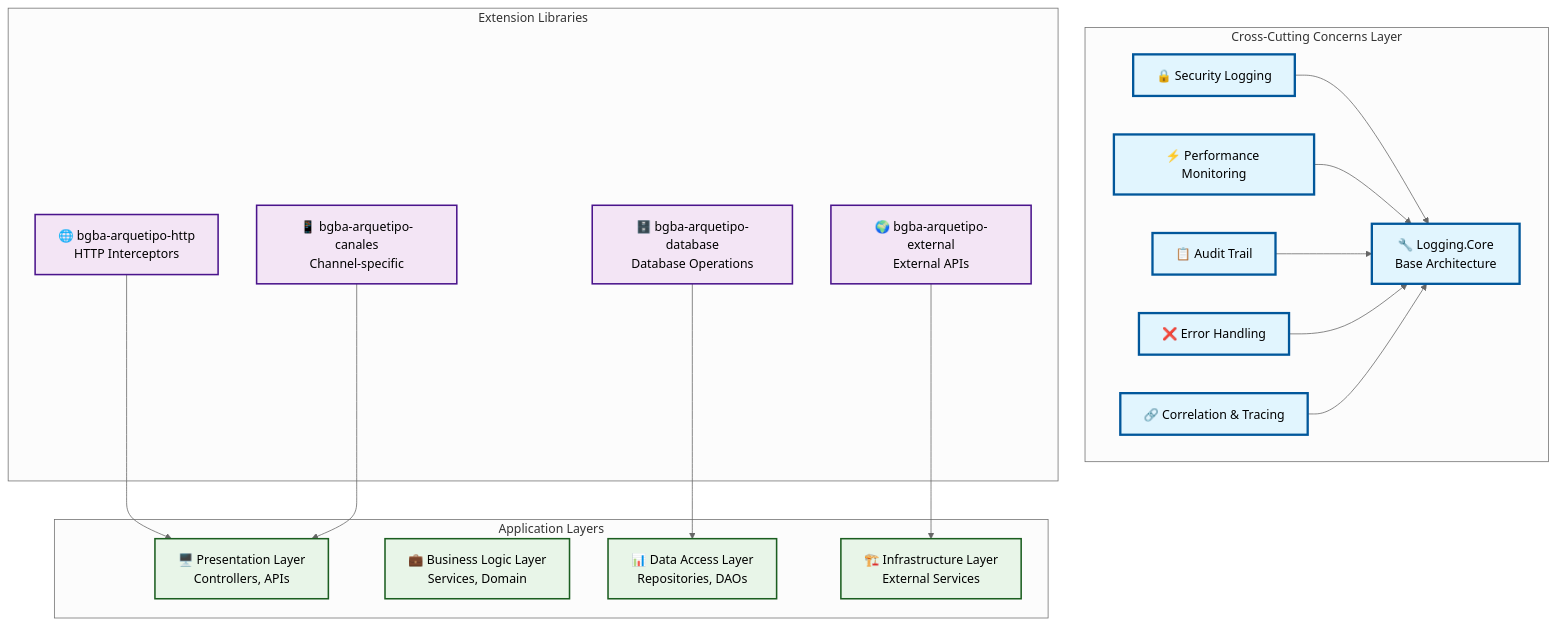
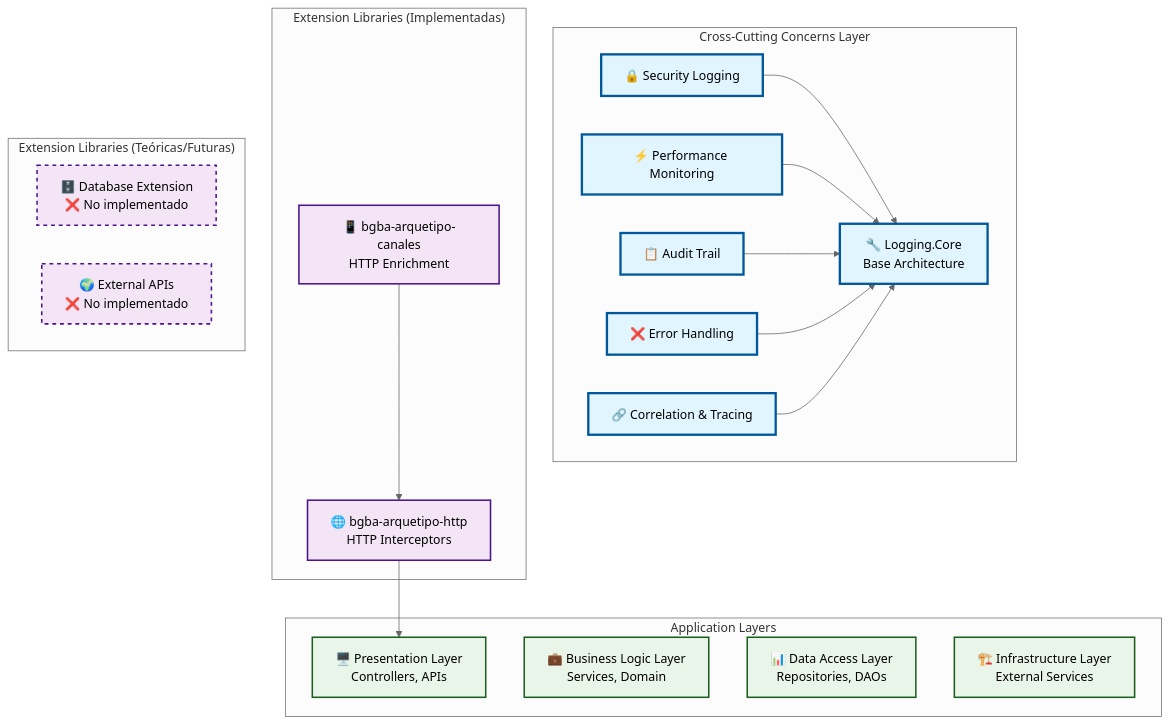
One commit to ercilli/Poc-Arquetipo changed the sixth of 9 diagrams in docs/ARCHITECTURE.md. Above: the diagram before and after it, drawn with Mermaid (neutral theme). The commit also changed other lines of this file and 2 other files, not shown here.

Commit message:
feat: Update architecture and extension guide to reflect Canal Enrichment Pattern implementation

````diff
--- a/docs/ARCHITECTURE.md
+++ b/docs/ARCHITECTURE.md
@@ -331,46 +331,51 @@
 ```mermaid
 graph TB
     subgraph "Cross-Cutting Concerns Layer"
         LoggingCore["🔧 Logging.Core<br/>Base Architecture"]
         Security["🔒 Security Logging"]
         Performance["⚡ Performance Monitoring"]
         Audit["📋 Audit Trail"]
         ErrorHandling["❌ Error Handling"]
         Correlation["🔗 Correlation & Tracing"]
     end
 
-    subgraph "Extension Libraries"
+    subgraph "Extension Libraries (Implementadas)"
         HttpLogging["🌐 bgba-arquetipo-http<br/>HTTP Interceptors"]
-        CanalLogging["📱 bgba-arquetipo-canales<br/>Channel-specific"]
-        DatabaseLogging["🗄️ bgba-arquetipo-database<br/>Database Operations"]
-        ExternalLogging["🌍 bgba-arquetipo-external<br/>External APIs"]
+        CanalLogging["📱 bgba-arquetipo-canales<br/>HTTP Enrichment"]
+    end
+
+    subgraph "Extension Libraries (Teóricas/Futuras)"
+        DatabaseLogging["🗄️ Database Extension<br/>❌ No implementado"]
+        ExternalLogging["🌍 External APIs<br/>❌ No implementado"]
     end
 
     subgraph "Application Layers"
         PresentationLayer["🖥️ Presentation Layer<br/>Controllers, APIs"]
         BusinessLayer["💼 Business Logic Layer<br/>Services, Domain"]
         DataLayer["📊 Data Access Layer<br/>Repositories, DAOs"]
         InfrastructureLayer["🏗️ Infrastructure Layer<br/>External Services"]
     end
 
     %% Core integrations
     Security --> LoggingCore
     Performance --> LoggingCore
     Audit --> LoggingCore
     ErrorHandling --> LoggingCore
     Correlation --> LoggingCore
 
-    %% Extension integrations
+    %% Extension integrations (solo las implementadas)
     HttpLogging --> PresentationLayer
-    CanalLogging --> PresentationLayer
-    DatabaseLogging --> DataLayer
-    ExternalLogging --> InfrastructureLayer
+    CanalLogging --> HttpLogging
 
     classDef coreClass fill:#e1f5fe,stroke:#01579b,stroke-width:3px
     classDef extensionClass fill:#f3e5f5,stroke:#4a148c,stroke-width:2px
+    classDef theoreticalClass fill:#f5f5f5,stroke:#9e9e9e,stroke-width:1px,stroke-dasharray: 5 5
+
+    class HttpLogging,CanalLogging extensionClass
+    class DatabaseLogging,ExternalLogging theoreticalClass
     classDef layerClass fill:#e8f5e8,stroke:#1b5e20,stroke-width:2px
 
     class LoggingCore,Security,Performance,Audit,ErrorHandling,Correlation coreClass
     class HttpLogging,CanalLogging,DatabaseLogging,ExternalLogging extensionClass
     class PresentationLayer,BusinessLayer,DataLayer,InfrastructureLayer layerClass
 ```
````
